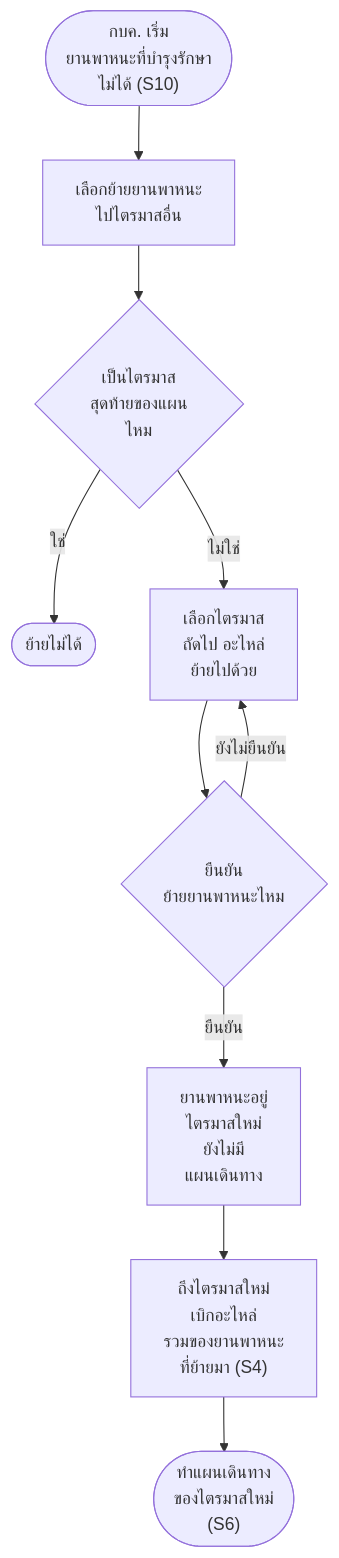
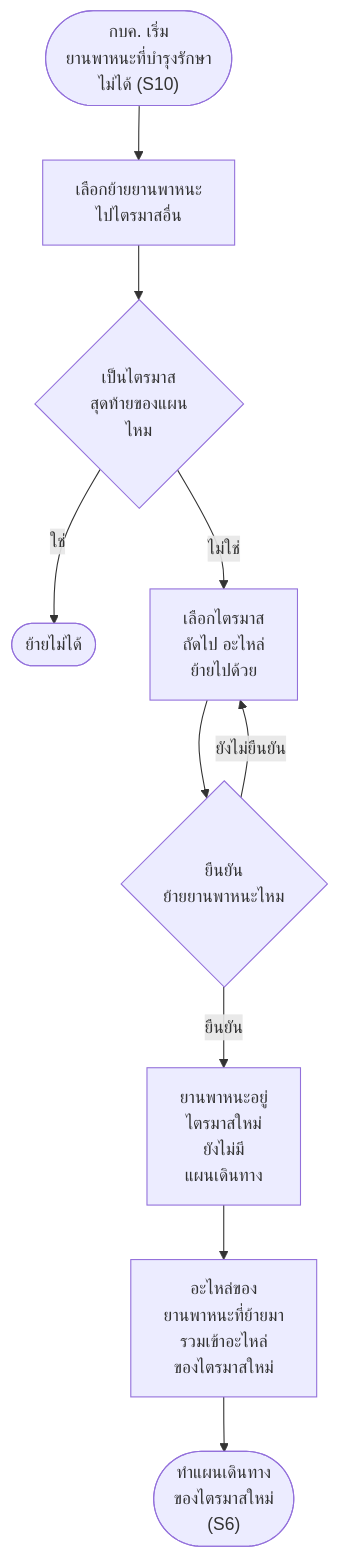
One commit to anugmail/Maintenance-Request-Form changed diagram 12 of 20 in Diagram/01-บำรุงรักษาตามวาระ/27-บำรุงรักษา-flowchart-กิจกรรม.md. Above: the diagram before and after it, drawn with Mermaid. The commit also changed other lines of this file and 10 other files, not shown here.

````diff
--- a/Diagram/01-บำรุงรักษาตามวาระ/27-บำรุงรักษา-flowchart-กิจกรรม.md
+++ b/Diagram/01-บำรุงรักษาตามวาระ/27-บำรุงรักษา-flowchart-กิจกรรม.md
@@ -252,12 +247,12 @@
 ```mermaid
 flowchart TD
     S(["กบค. เริ่ม<br/>ยานพาหนะที่บำรุงรักษา<br/>ไม่ได้ (S10)"]) --> A1["เลือกย้ายยานพาหนะ<br/>ไปไตรมาสอื่น"]
     A1 --> Q1{"เป็นไตรมาส<br/>สุดท้ายของแผน<br/>ไหม"}
     Q1 -->|ใช่| E1(["ย้ายไม่ได้"])
     Q1 -->|ไม่ใช่| A2["เลือกไตรมาส<br/>ถัดไป อะไหล่<br/>ย้ายไปด้วย"]
     A2 --> Q2{"ยืนยัน<br/>ย้ายยานพาหนะไหม"}
     Q2 -->|ยังไม่ยืนยัน| A2
     Q2 -->|ยืนยัน| A3["ยานพาหนะอยู่<br/>ไตรมาสใหม่<br/>ยังไม่มี<br/>แผนเดินทาง"]
-    A3 --> A4["ถึงไตรมาสใหม่<br/>เบิกอะไหล่<br/>รวมของยานพาหนะ<br/>ที่ย้ายมา (S4)"]
+    A3 --> A4["อะไหล่ของ<br/>ยานพาหนะที่ย้ายมา<br/>รวมเข้าอะไหล่<br/>ของไตรมาสใหม่"]
     A4 --> E2(["ทำแผนเดินทาง<br/>ของไตรมาสใหม่<br/>(S6)"])
 ```
````
